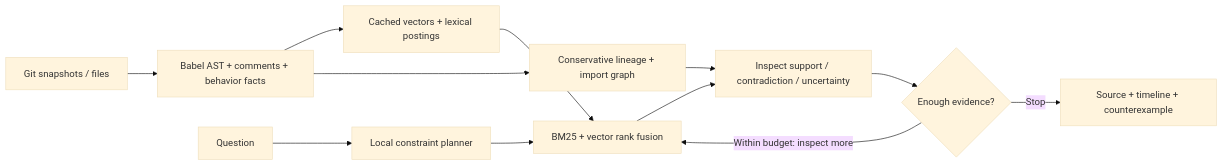
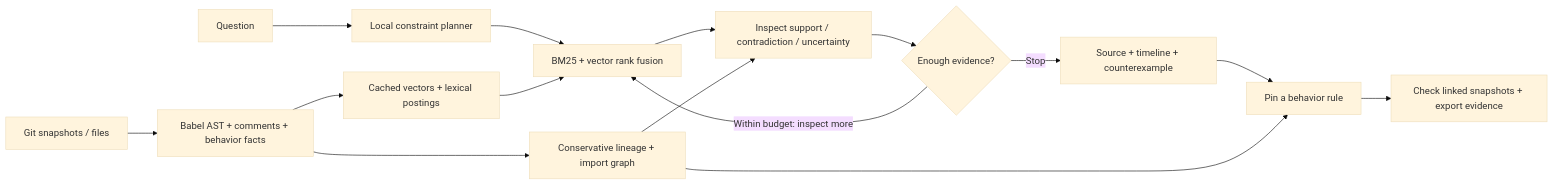
One commit to AdvayV/AgenticIntelligence changed the diagram in README.md. Above: the diagram before and after it, drawn with Mermaid (base theme). The commit also changed other lines of this file and 11 other files, not shown here.

Commit message:
Add lineage-aware Behavior Watch with evidence export and regression checks

````diff
--- a/README.md
+++ b/README.md
@@ -68,14 +85,17 @@
 ```mermaid
 flowchart LR
   G[Git snapshots / files] --> A[Babel AST + comments + behavior facts]
   A --> I[Cached vectors + lexical postings]
   A --> V[Conservative lineage + import graph]
   Q[Question] --> P[Local constraint planner]
   P --> R[BM25 + vector rank fusion]
   I --> R
   R --> E[Inspect support / contradiction / uncertainty]
   V --> E
   E --> D{Enough evidence?}
   D -->|Within budget: inspect more| R
   D -->|Stop| O[Source + timeline + counterexample]
+  O --> W[Pin a behavior rule]
+  V --> W
+  W --> H[Check linked snapshots + export evidence]
 ```
````
